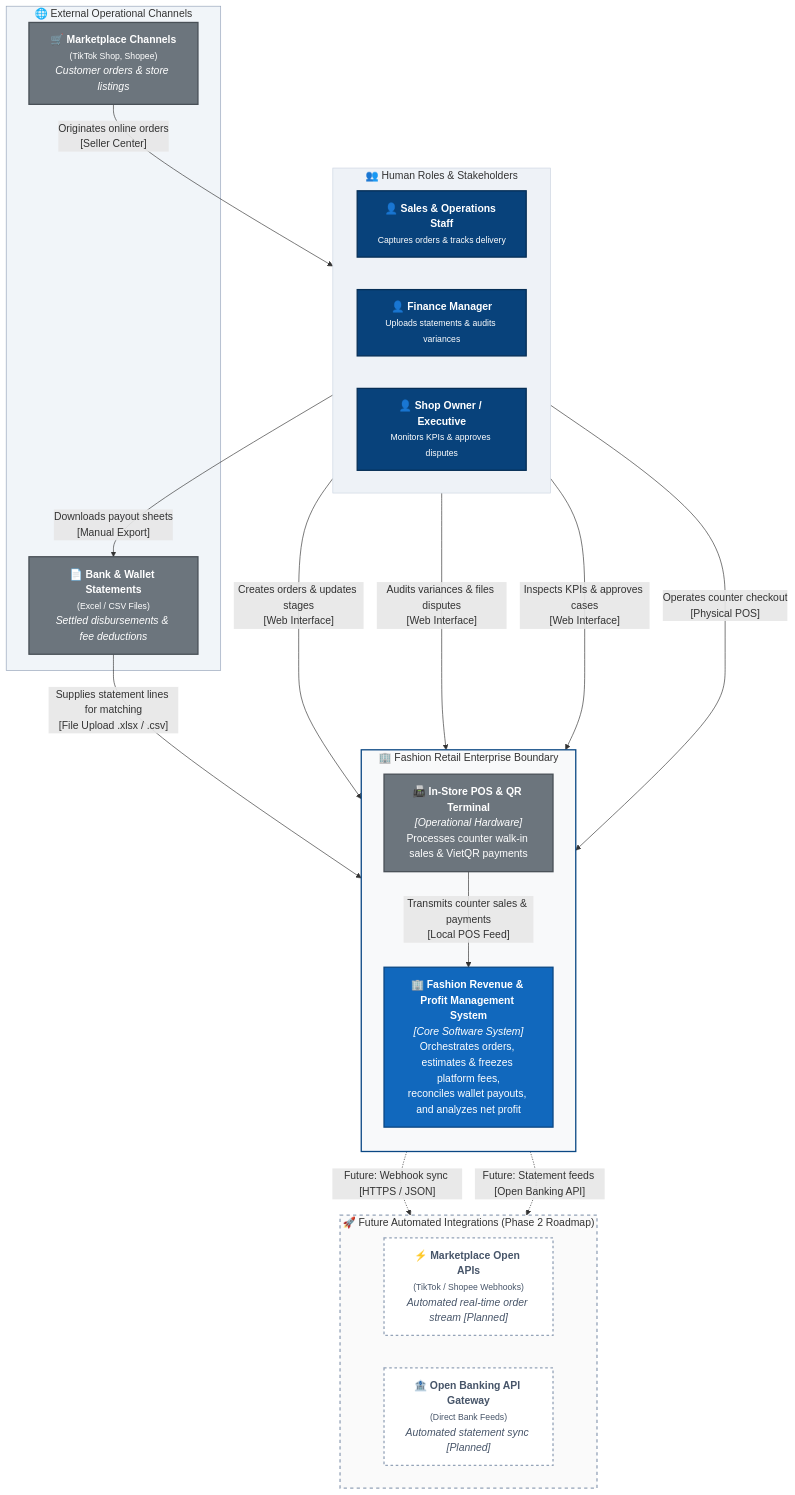
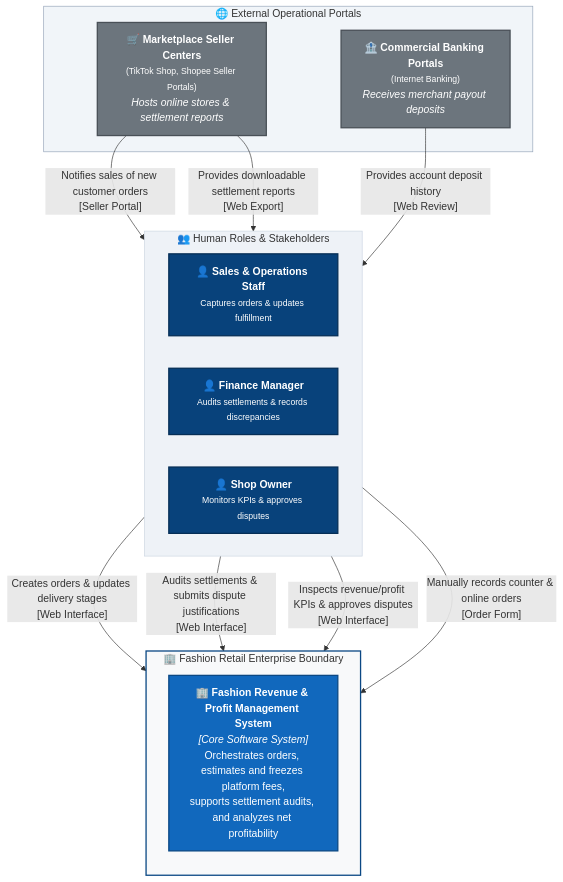
The diagram in docs/architecture/c4-context_en.md (duchoa0405/Quanly_DoanhThu_LoiNhuan_DangDucHoa_VSF), drawn with Mermaid before and after one commit. The commit also changed other lines of this file, not shown here.

Commit message:
architecture C4 Level 1edit again

````diff
--- a/docs/architecture/c4-context_en.md
+++ b/docs/architecture/c4-context_en.md
@@ -83,63 +83,47 @@
 ```mermaid
 flowchart TB
     %% Human Actors (C4 Person)
     subgraph Actors [" 👥 Human Roles & Stakeholders "]
         direction LR
-        sales["👤 <b>Sales & Operations Staff</b><br/><small>Captures orders & tracks delivery</small>"]
-        fin["👤 <b>Finance Manager</b><br/><small>Uploads statements & audits variances</small>"]
-        owner["👤 <b>Shop Owner / Executive</b><br/><small>Monitors KPIs & approves disputes</small>"]
+        sales["👤 <b>Sales & Operations Staff</b><br/><small>Captures orders & updates fulfillment</small>"]
+        fin["👤 <b>Finance Manager</b><br/><small>Audits settlements & records discrepancies</small>"]
+        owner["👤 <b>Shop Owner</b><br/><small>Monitors KPIs & approves disputes</small>"]
     end
 
-    %% External Operational Channels
-    subgraph ExternalSources [" 🌐 External Operational Channels "]
-        mktPlace["🛒 <b>Marketplace Channels</b><br/><small>(TikTok Shop, Shopee)</small><br/><i>Customer orders & store listings</i>"]
-        stmtFiles["📄 <b>Bank & Wallet Statements</b><br/><small>(Excel / CSV Files)</small><br/><i>Settled disbursements & fee deductions</i>"]
+    %% External Operational Systems (AS-IS Only)
+    subgraph ExternalSystems [" 🌐 External Operational Portals "]
+        mktPlace["🛒 <b>Marketplace Seller Centers</b><br/><small>(TikTok Shop, Shopee Seller Portals)</small><br/><i>Hosts online stores & settlement reports</i>"]
+        bankPortal["🏦 <b>Commercial Banking Portals</b><br/><small>(Internet Banking)</small><br/><i>Receives merchant payout deposits</i>"]
     end
 
     %% Core System Boundary
     subgraph EnterpriseBoundary [" 🏢 Fashion Retail Enterprise Boundary "]
         direction TB
-        system["🏢 <b>Fashion Revenue & Profit Management System</b><br/><i>[Core Software System]</i><br/>Orchestrates orders, estimates & freezes platform fees,<br/>reconciles wallet payouts, and analyzes net profit"]
-        posTerminal["📠 <b>In-Store POS & QR Terminal</b><br/><i>[Operational Hardware]</i><br/>Processes counter walk-in sales & VietQR payments"]
+        system["🏢 <b>Fashion Revenue & Profit Management System</b><br/><i>[Core Software System]</i><br/>Orchestrates orders, estimates and freezes platform fees,<br/>supports settlement audits, and analyzes net profitability"]
     end
 
-    %% Future Planned Integrations
-    subgraph PlannedBoundary [" 🚀 Future Automated Integrations (Phase 2 Roadmap) "]
-        direction LR
-        mktApis["⚡ <b>Marketplace Open APIs</b><br/><small>(TikTok / Shopee Webhooks)</small><br/><i>Automated real-time order stream [Planned]</i>"]
-        bankApi["🏦 <b>Open Banking API Gateway</b><br/><small>(Direct Bank Feeds)</small><br/><i>Automated statement sync [Planned]</i>"]
-    end
+    %% Actor Interactions with System
+    sales -->|"Creates orders & updates delivery stages<br/>[Web Interface]"| system
+    fin -->|"Audits settlements & submits dispute justifications<br/>[Web Interface]"| system
+    owner -->|"Inspects revenue/profit KPIs & approves disputes<br/>[Web Interface]"| system
 
-    %% Actor Interactions
-    sales -->|"Creates orders & updates stages<br/>[Web Interface]"| system
-    fin -->|"Audits variances & files disputes<br/>[Web Interface]"| system
-    owner -->|"Inspects KPIs & approves cases<br/>[Web Interface]"| system
+    %% Interactions with External Systems
+    mktPlace -->|"Notifies sales of new customer orders<br/>[Seller Portal]"| sales
+    sales -->|"Manually records counter & online orders<br/>[Order Form]"| system
 
-    %% External System Interactions
-    mktPlace -->|"Originates online orders<br/>[Seller Center]"| sales
-    sales -->|"Operates counter checkout<br/>[Physical POS]"| posTerminal
-    posTerminal -->|"Transmits counter sales & payments<br/>[Local POS Feed]"| system
+    mktPlace -->|"Provides downloadable settlement reports<br/>[Web Export]"| fin
+    bankPortal -->|"Provides account deposit history<br/>[Web Review]"| fin
 
-    fin -->|"Downloads payout sheets<br/>[Manual Export]"| stmtFiles
-    stmtFiles -->|"Supplies statement lines for matching<br/>[File Upload .xlsx / .csv]"| system
-
-    %% Future Planned Connections
-    system -.->|"Future: Webhook sync [HTTPS / JSON]"| mktApis
-    system -.->|"Future: Statement feeds [Open Banking API]"| bankApi
-
-    %% C4 Theme Styling
+    %% Styling
     classDef personStyle fill:#08427b,stroke:#052e56,color:#ffffff,stroke-width:2px;
     classDef systemStyle fill:#1168bd,stroke:#0b4884,color:#ffffff,stroke-width:2px;
     classDef extStyle fill:#6c757d,stroke:#495057,color:#ffffff,stroke-width:2px;
-    classDef plannedStyle fill:#ffffff,stroke:#94a3b8,color:#475569,stroke-width:2px,stroke-dasharray: 4 4;
 
     class sales,fin,owner personStyle;
     class system systemStyle;
-    class mktPlace,stmtFiles,posTerminal extStyle;
-    class mktApis,bankApi plannedStyle;
+    class mktPlace,bankPortal extStyle;
 
     style EnterpriseBoundary fill:#f8f9fa,stroke:#0b4884,stroke-width:2px;
     style Actors fill:#eef2f7,stroke:#cbd5e1,stroke-width:1px;
-    style ExternalSources fill:#f1f5f9,stroke:#94a3b8,stroke-width:1px;
-    style PlannedBoundary fill:#fafafa,stroke:#94a3b8,stroke-width:2px,stroke-dasharray: 5 5;
+    style ExternalSystems fill:#f1f5f9,stroke:#94a3b8,stroke-width:1px;
 ```
````
